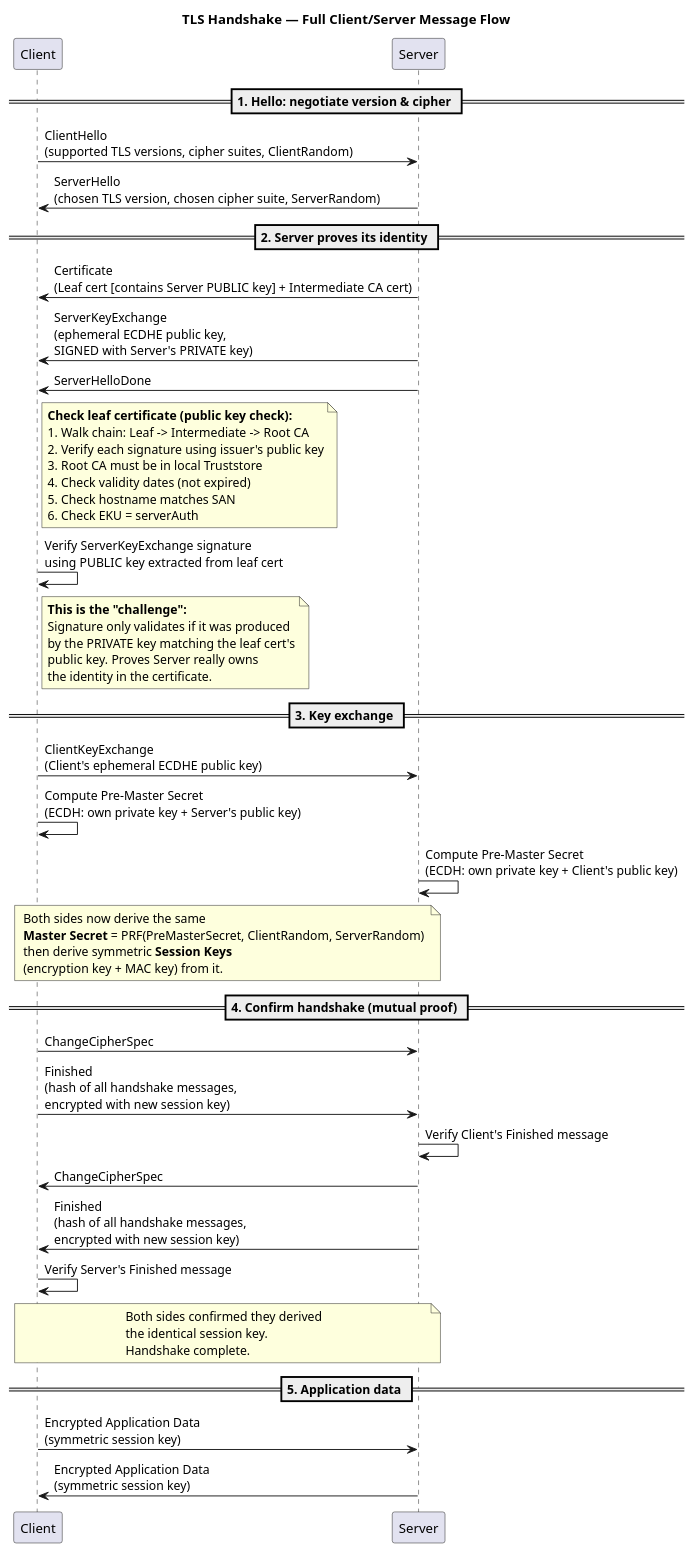
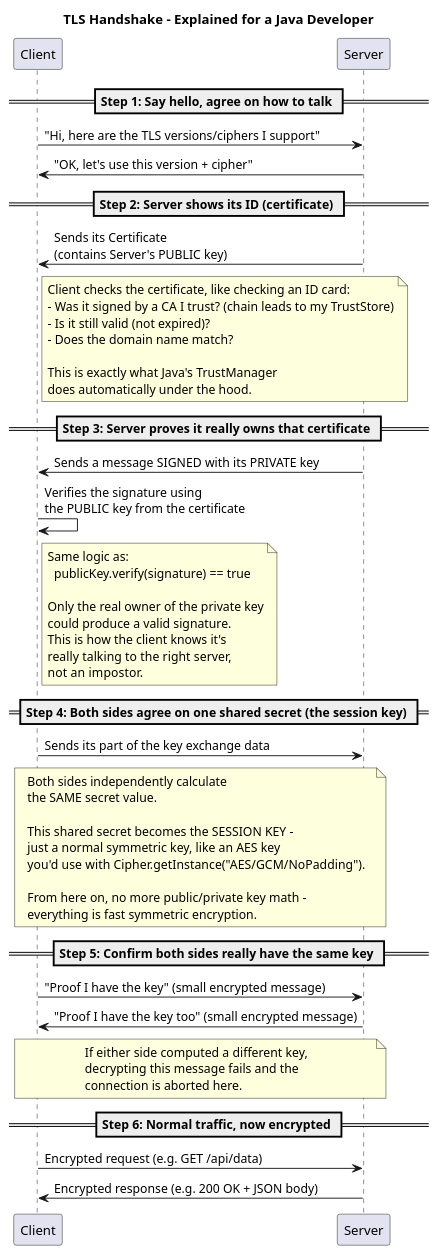
One commit to dmitrybilyk/interview changed the diagram in certificated/tls_handshake.puml. Above: the diagram before and after it, drawn with PlantUML.

Commit message:
tls handshake

```diff
--- a/certificated/tls_handshake.puml
+++ b/certificated/tls_handshake.puml
@@ -1,78 +1,81 @@
 @startuml
-title TLS Handshake — Full Client/Server Message Flow
+title TLS Handshake - Explained for a Java Developer
 
 participant Client
 participant Server
 
-== 1. Hello: negotiate version & cipher ==
+' Think of it like this:
+' - Server has a KeyStore (private key + its own certificate)
+' - Client has a TrustStore (list of CA certificates it trusts)
+' This is exactly what SSLContext / KeyManager / TrustManager do in Java.
 
-Client -> Server: ClientHello\n(supported TLS versions, cipher suites, ClientRandom)
+== Step 1: Say hello, agree on how to talk ==
 
-Server -> Client: ServerHello\n(chosen TLS version, chosen cipher suite, ServerRandom)
+Client -> Server: "Hi, here are the TLS versions/ciphers I support"
+Server -> Client: "OK, let's use this version + cipher"
+' Same idea as an API version negotiation
 
-== 2. Server proves its identity ==
+== Step 2: Server shows its ID (certificate) ==
 
-Server -> Client: Certificate\n(Leaf cert [contains Server PUBLIC key] + Intermediate CA cert)
-
-Server -> Client: ServerKeyExchange\n(ephemeral ECDHE public key,\nSIGNED with Server's PRIVATE key)
-
-Server -> Client: ServerHelloDone
+Server -> Client: Sends its Certificate\n(contains Server's PUBLIC key)
 
 note right of Client
-**Check leaf certificate (public key check):**
-1. Walk chain: Leaf -> Intermediate -> Root CA
-2. Verify each signature using issuer's public key
-3. Root CA must be in local Truststore
-4. Check validity dates (not expired)
-5. Check hostname matches SAN
-6. Check EKU = serverAuth
+Client checks the certificate, like checking an ID card:
+- Was it signed by a CA I trust? (chain leads to my TrustStore)
+- Is it still valid (not expired)?
+- Does the domain name match?
+
+This is exactly what Java's TrustManager
+does automatically under the hood.
 end note
 
-Client -> Client: Verify ServerKeyExchange signature\nusing PUBLIC key extracted from leaf cert
+== Step 3: Server proves it really owns that certificate ==
+
+Server -> Client: Sends a message SIGNED with its PRIVATE key
+
+Client -> Client: Verifies the signature using\nthe PUBLIC key from the certificate
 
 note right of Client
-**This is the "challenge":**
-Signature only validates if it was produced
-by the PRIVATE key matching the leaf cert's
-public key. Proves Server really owns
-the identity in the certificate.
+Same logic as:
+  publicKey.verify(signature) == true
+
+Only the real owner of the private key
+could produce a valid signature.
+This is how the client knows it's
+really talking to the right server,
+not an impostor.
 end note
 
-== 3. Key exchange ==
+== Step 4: Both sides agree on one shared secret (the session key) ==
 
-Client -> Server: ClientKeyExchange\n(Client's ephemeral ECDHE public key)
-
-Client -> Client: Compute Pre-Master Secret\n(ECDH: own private key + Server's public key)
-Server -> Server: Compute Pre-Master Secret\n(ECDH: own private key + Client's public key)
+Client -> Server: Sends its part of the key exchange data
 
 note over Client, Server
-Both sides now derive the same
-**Master Secret** = PRF(PreMasterSecret, ClientRandom, ServerRandom)
-then derive symmetric **Session Keys**
-(encryption key + MAC key) from it.
+Both sides independently calculate
+the SAME secret value.
+
+This shared secret becomes the SESSION KEY -
+just a normal symmetric key, like an AES key
+you'd use with Cipher.getInstance("AES/GCM/NoPadding").
+
+From here on, no more public/private key math -
+everything is fast symmetric encryption.
 end note
 
-== 4. Confirm handshake (mutual proof) ==
+== Step 5: Confirm both sides really have the same key ==
 
-Client -> Server: ChangeCipherSpec
-Client -> Server: Finished\n(hash of all handshake messages,\nencrypted with new session key)
-
-Server -> Server: Verify Client's Finished message
-
-Server -> Client: ChangeCipherSpec
-Server -> Client: Finished\n(hash of all handshake messages,\nencrypted with new session key)
-
-Client -> Client: Verify Server's Finished message
+Client -> Server: "Proof I have the key" (small encrypted message)
+Server -> Client: "Proof I have the key too" (small encrypted message)
 
 note over Client, Server
-Both sides confirmed they derived
-the identical session key.
-Handshake complete.
+If either side computed a different key,
+decrypting this message fails and the
+connection is aborted here.
 end note
 
-== 5. Application data ==
+== Step 6: Normal traffic, now encrypted ==
 
-Client -> Server: Encrypted Application Data\n(symmetric session key)
-Server -> Client: Encrypted Application Data\n(symmetric session key)
+Client -> Server: Encrypted request (e.g. GET /api/data)
+Server -> Client: Encrypted response (e.g. 200 OK + JSON body)
 
 @enduml
```
